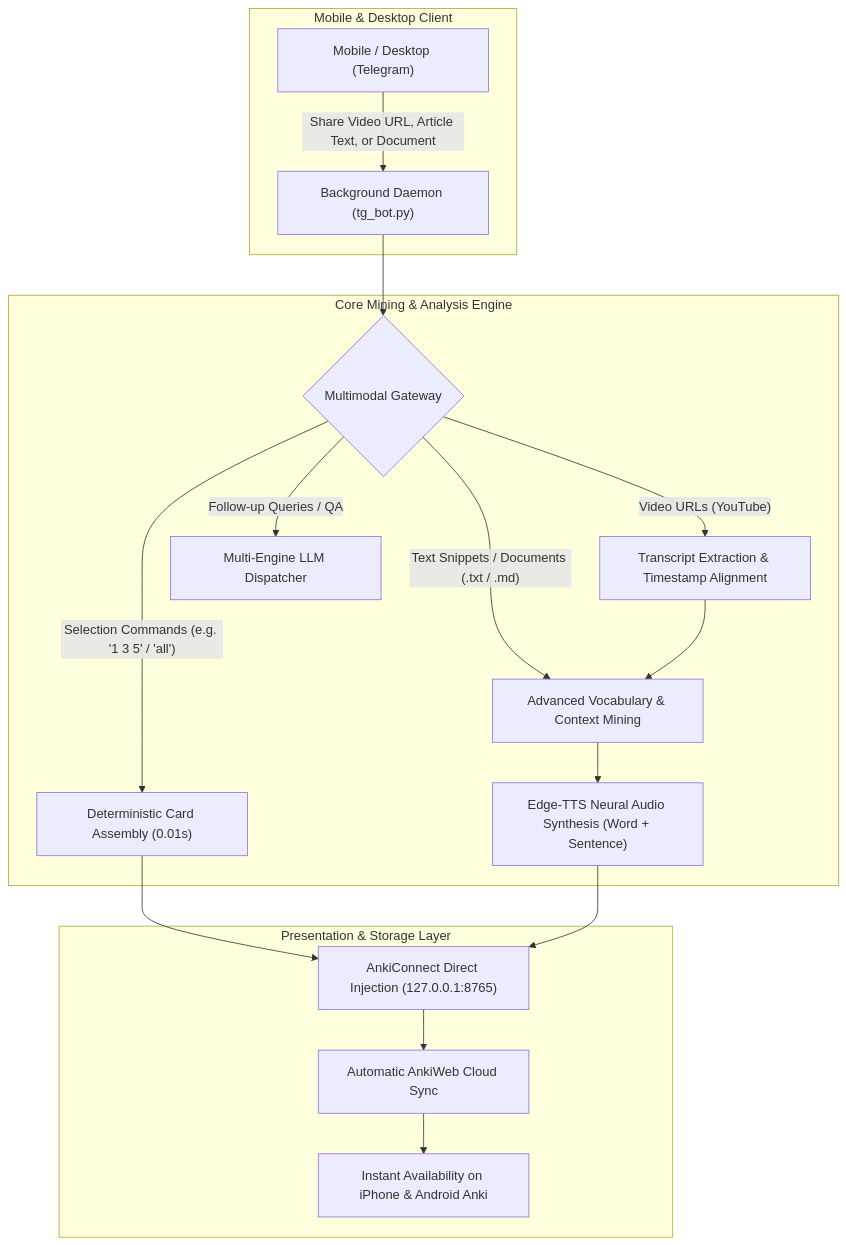
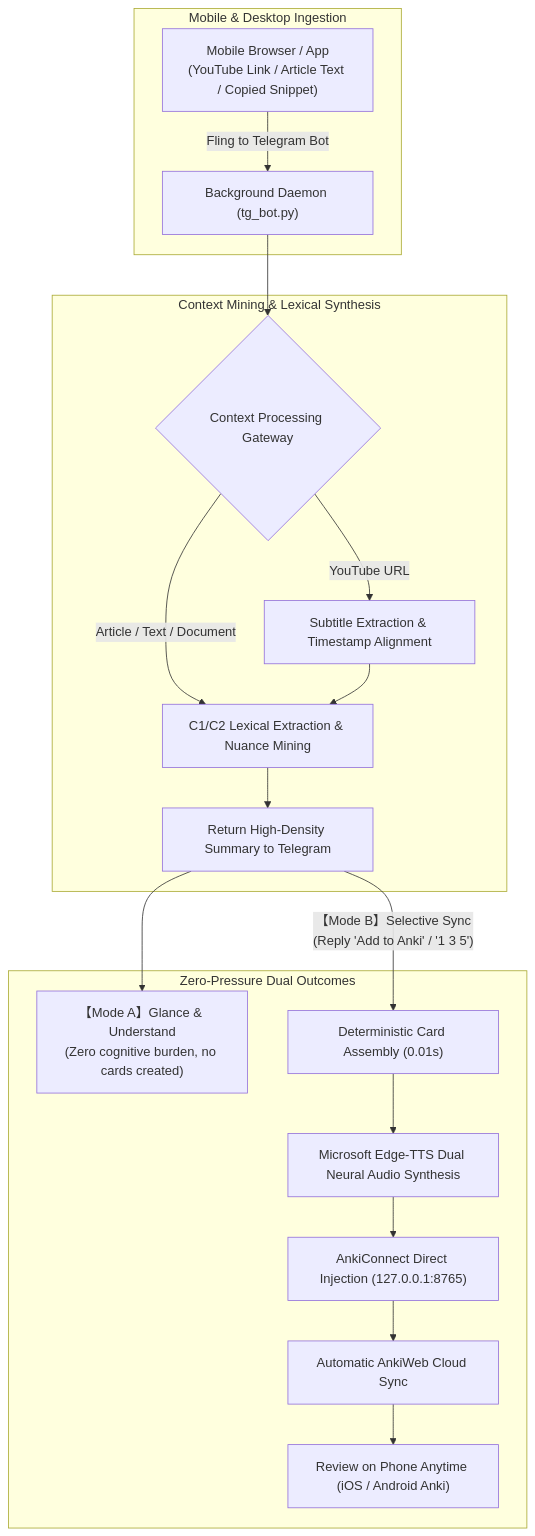
The diagram in README_EN.md (chase-yuan/anki-context-miner), drawn with Mermaid before and after one commit. The commit also changed other lines of this file and 1 other file, not shown here.

Commit message:
docs(workflow): refine dual-track mobile learning model and align bilingual documentation

````diff
--- a/README_EN.md
+++ b/README_EN.md
@@ -25,23 +41,23 @@
 ```mermaid
 flowchart TD
-    subgraph "Mobile & Desktop Client"
-        A["Mobile / Desktop (Telegram)"] -->|"Share Video URL, Article Text, or Document"| B["Background Daemon (tg_bot.py)"]
+    subgraph "Mobile & Desktop Ingestion"
+        A["Mobile Browser / App<br>(YouTube Link / Article Text / Copied Snippet)"] -->|"Fling to Telegram Bot"| B["Background Daemon (tg_bot.py)"]
     end
 
-    subgraph "Core Mining & Analysis Engine"
-        B --> C{"Multimodal Gateway"}
-        C -->|"Video URLs (YouTube)"| D["Transcript Extraction & Timestamp Alignment"]
-        C -->|"Text Snippets / Documents (.txt / .md)"| E["Advanced Vocabulary & Context Mining"]
-        C -->|"Selection Commands (e.g. '1 3 5' / 'all')"| F["Deterministic Card Assembly (0.01s)"]
-        C -->|"Follow-up Queries / QA"| G["Multi-Engine LLM Dispatcher"]
+    subgraph "Context Mining & Lexical Synthesis"
+        B --> C{"Context Processing Gateway"}
+        C -->|"YouTube URL"| D["Subtitle Extraction & Timestamp Alignment"]
+        C -->|"Article / Text / Document"| E["C1/C2 Lexical Extraction & Nuance Mining"]
         D --> E
-        E --> H["Edge-TTS Neural Audio Synthesis (Word + Sentence)"]
+        E --> F["Return High-Density Summary to Telegram"]
     end
 
-    subgraph "Presentation & Storage Layer"
-        F --> I["AnkiConnect Direct Injection (127.0.0.1:8765)"]
-        H --> I
-        I --> J["Automatic AnkiWeb Cloud Sync"]
-        J --> K["Instant Availability on iPhone & Android Anki"]
+    subgraph "Zero-Pressure Dual Outcomes"
+        F --> G["【Mode A】Glance & Understand<br>(Zero cognitive burden, no cards created)"]
+        F -->|"【Mode B】Selective Sync<br>(Reply 'Add to Anki' / '1 3 5')"| H["Deterministic Card Assembly (0.01s)"]
+        H --> I["Microsoft Edge-TTS Dual Neural Audio Synthesis"]
+        I --> J["AnkiConnect Direct Injection (127.0.0.1:8765)"]
+        J --> K["Automatic AnkiWeb Cloud Sync"]
+        K --> L["Review on Phone Anytime (iOS / Android Anki)"]
     end
 ```
````
